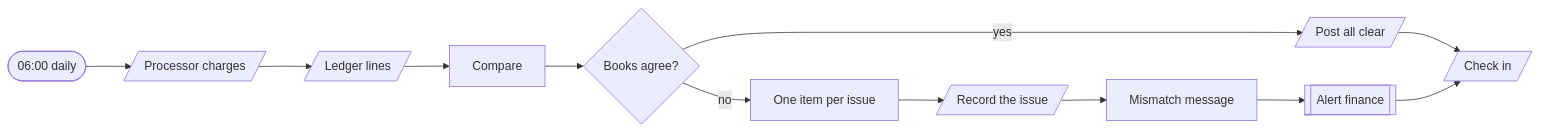
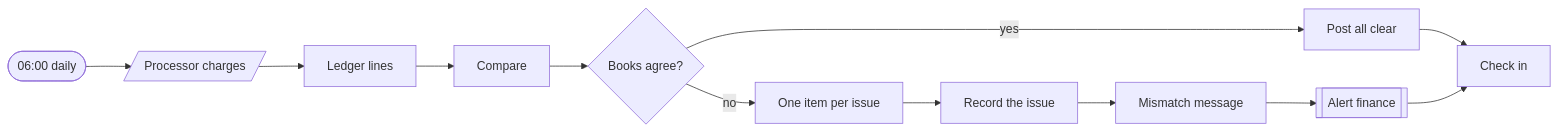
The second of 3 diagrams in systems/payments/README.md (kimjoshuadr/n8n-workflows), drawn with Mermaid before and after one commit. The commit also changed other lines of this file and 184 other files, not shown here.

Commit message:
Finish the move to named platforms: blocks, BambooHR, generated README, schema and platform marks

````diff
--- a/systems/payments/README.md
+++ b/systems/payments/README.md
@@ -94,25 +85,25 @@
 ```mermaid
 flowchart LR
   n1qjkux2(["06:00 daily"])
   n1qw9u96[/"Processor charges"/]
-  nstmecv[/"Ledger lines"/]
+  nstmecv["Ledger lines"]
   nvx0mhq["Compare"]
   n1s6n3e8{"Books agree?"}
-  nxl0tpx[/"Post all clear"/]
+  nxl0tpx["Post all clear"]
   nzdsxbe["One item per issue"]
-  nkjprb6[/"Record the issue"/]
+  nkjprb6["Record the issue"]
   nfkrljw["Mismatch message"]
   nxzp4y7[["Alert finance"]]
-  nuc14dg[/"Check in"/]
+  nuc14dg["Check in"]
   n1qjkux2 --> n1qw9u96
   n1qw9u96 --> nstmecv
   nstmecv --> nvx0mhq
   nvx0mhq --> n1s6n3e8
   n1s6n3e8 -->|yes| nxl0tpx
   nxl0tpx --> nuc14dg
   n1s6n3e8 -->|no| nzdsxbe
   nzdsxbe --> nkjprb6
   nkjprb6 --> nfkrljw
   nfkrljw --> nxzp4y7
   nxzp4y7 --> nuc14dg
 ```
````
